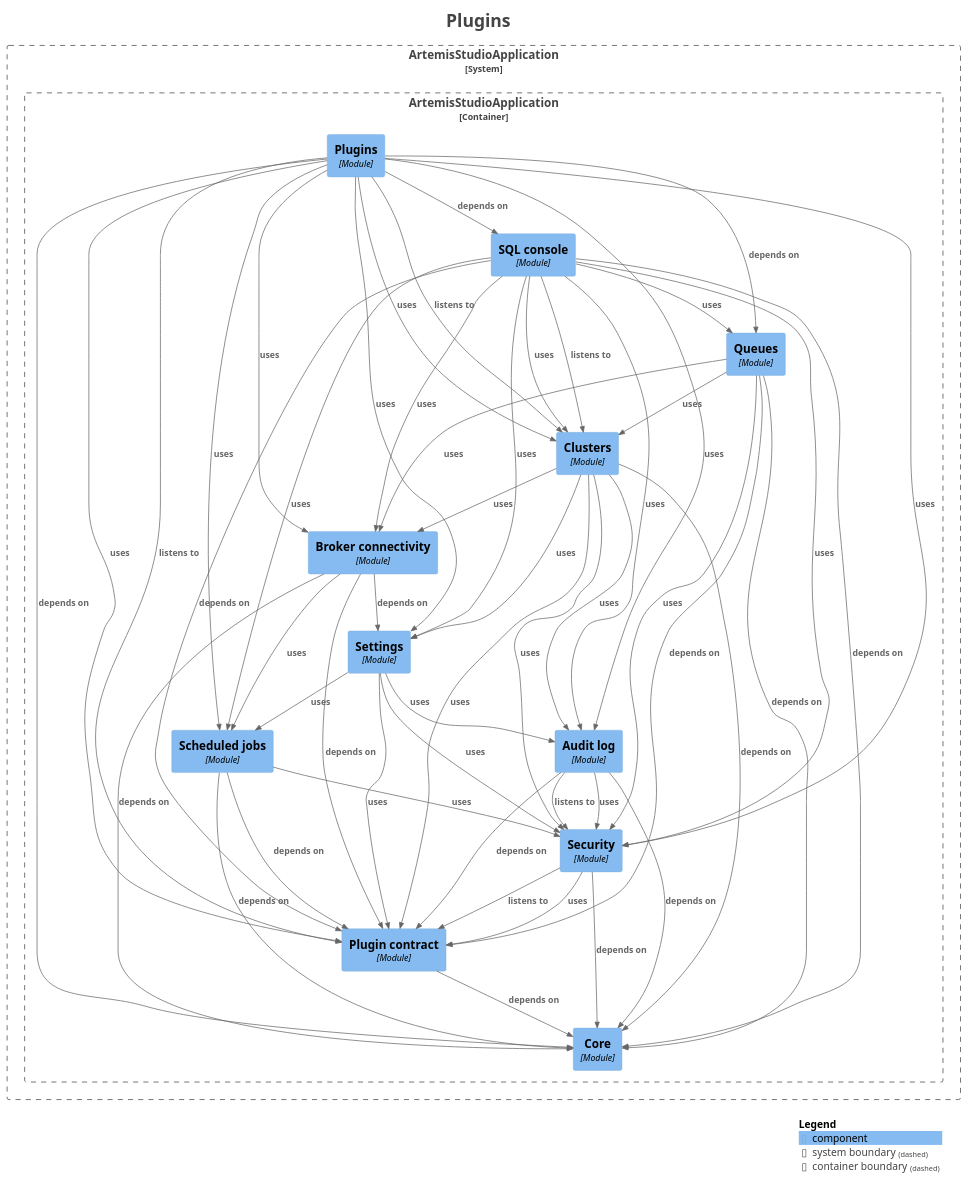
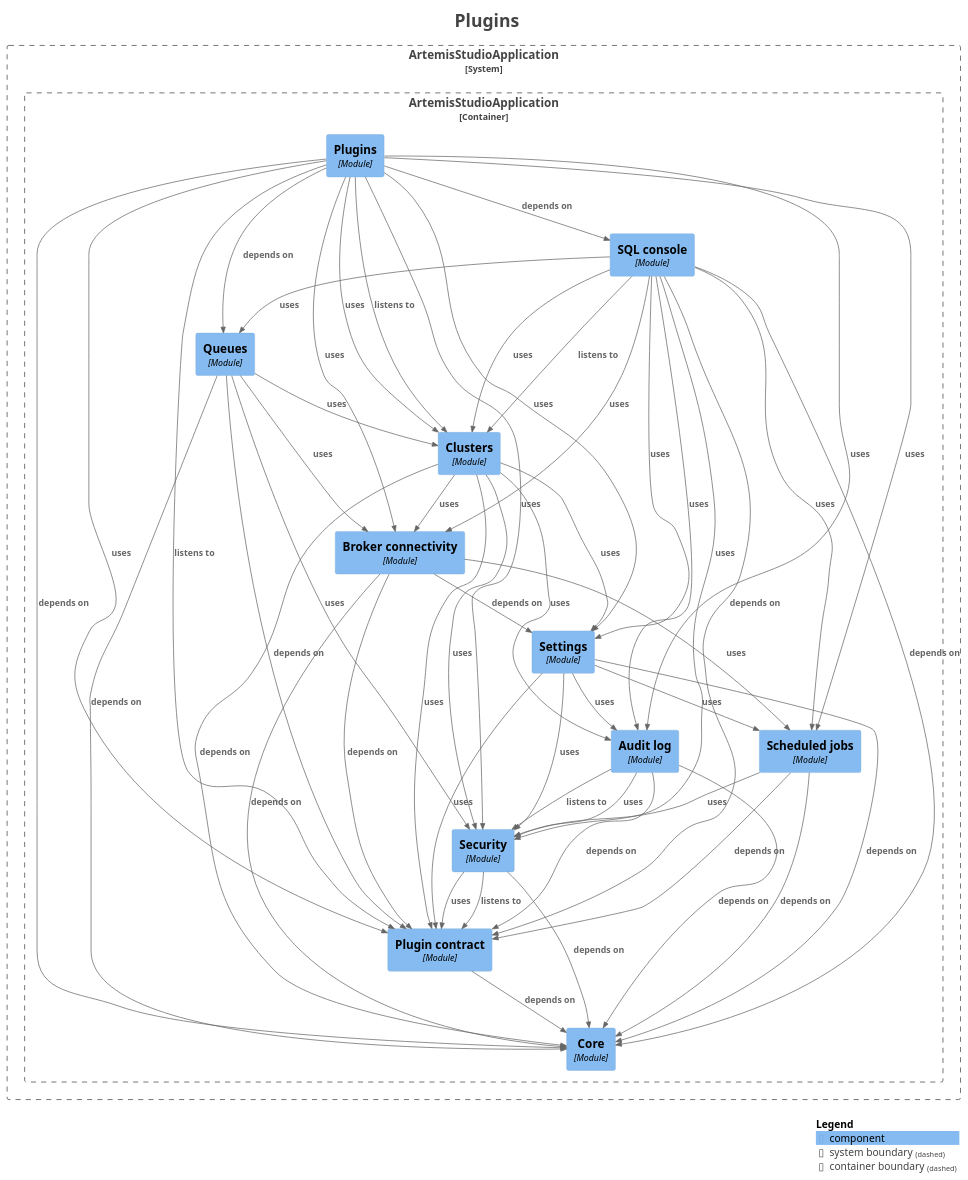
One commit to sudoitir/artemis-studio changed the diagram in docs/modules/module-feature.plugins.puml. Above: the diagram before and after it, drawn with PlantUML. The commit also changed 23 other files, not shown here.

Commit message:
docs(modules): regenerate the module diagrams for the gate dependencies

```diff
--- a/docs/modules/module-feature.plugins.puml
+++ b/docs/modules/module-feature.plugins.puml
@@ -1,90 +1,91 @@
 @startuml
 title <size:24>Plugins</size>
 
 set separator none
 top to bottom direction
 
 <style>
   root {
     BackgroundColor: #ffffff
     FontColor: #444444
   }
 </style>
 
 !include <C4/C4>
 !include <C4/C4_Context>
 !include <C4/C4_Component>
 
 System_Boundary("ArtemisStudioApplication_boundary", "ArtemisStudioApplication", $tags="") {
   Container_Boundary("ArtemisStudioApplication.ArtemisStudioApplication_boundary", "ArtemisStudioApplication", $tags="") {
     Component(ArtemisStudioApplication.ArtemisStudioApplication.Auditlog, "Audit log", $techn="Module", $descr="", $tags="", $link="")
     Component(ArtemisStudioApplication.ArtemisStudioApplication.Brokerconnectivity, "Broker connectivity", $techn="Module", $descr="", $tags="", $link="")
     Component(ArtemisStudioApplication.ArtemisStudioApplication.Clusters, "Clusters", $techn="Module", $descr="", $tags="", $link="")
     Component(ArtemisStudioApplication.ArtemisStudioApplication.Core, "Core", $techn="Module", $descr="", $tags="", $link="")
     Component(ArtemisStudioApplication.ArtemisStudioApplication.Plugincontract, "Plugin contract", $techn="Module", $descr="", $tags="", $link="")
     Component(ArtemisStudioApplication.ArtemisStudioApplication.Plugins, "Plugins", $techn="Module", $descr="", $tags="", $link="")
     Component(ArtemisStudioApplication.ArtemisStudioApplication.Queues, "Queues", $techn="Module", $descr="", $tags="", $link="")
     Component(ArtemisStudioApplication.ArtemisStudioApplication.SQLconsole, "SQL console", $techn="Module", $descr="", $tags="", $link="")
     Component(ArtemisStudioApplication.ArtemisStudioApplication.Scheduledjobs, "Scheduled jobs", $techn="Module", $descr="", $tags="", $link="")
     Component(ArtemisStudioApplication.ArtemisStudioApplication.Security, "Security", $techn="Module", $descr="", $tags="", $link="")
     Component(ArtemisStudioApplication.ArtemisStudioApplication.Settings, "Settings", $techn="Module", $descr="", $tags="", $link="")
   }
 
 }
 
 Rel(ArtemisStudioApplication.ArtemisStudioApplication.Auditlog, ArtemisStudioApplication.ArtemisStudioApplication.Core, "depends on", $techn="", $tags="", $link="")
 Rel(ArtemisStudioApplication.ArtemisStudioApplication.Auditlog, ArtemisStudioApplication.ArtemisStudioApplication.Plugincontract, "depends on", $techn="", $tags="", $link="")
 Rel(ArtemisStudioApplication.ArtemisStudioApplication.Auditlog, ArtemisStudioApplication.ArtemisStudioApplication.Security, "listens to", $techn="", $tags="", $link="")
 Rel(ArtemisStudioApplication.ArtemisStudioApplication.Auditlog, ArtemisStudioApplication.ArtemisStudioApplication.Security, "uses", $techn="", $tags="", $link="")
 Rel(ArtemisStudioApplication.ArtemisStudioApplication.Brokerconnectivity, ArtemisStudioApplication.ArtemisStudioApplication.Core, "depends on", $techn="", $tags="", $link="")
 Rel(ArtemisStudioApplication.ArtemisStudioApplication.Brokerconnectivity, ArtemisStudioApplication.ArtemisStudioApplication.Plugincontract, "depends on", $techn="", $tags="", $link="")
 Rel(ArtemisStudioApplication.ArtemisStudioApplication.Brokerconnectivity, ArtemisStudioApplication.ArtemisStudioApplication.Scheduledjobs, "uses", $techn="", $tags="", $link="")
 Rel(ArtemisStudioApplication.ArtemisStudioApplication.Brokerconnectivity, ArtemisStudioApplication.ArtemisStudioApplication.Settings, "depends on", $techn="", $tags="", $link="")
 Rel(ArtemisStudioApplication.ArtemisStudioApplication.Clusters, ArtemisStudioApplication.ArtemisStudioApplication.Auditlog, "uses", $techn="", $tags="", $link="")
 Rel(ArtemisStudioApplication.ArtemisStudioApplication.Clusters, ArtemisStudioApplication.ArtemisStudioApplication.Brokerconnectivity, "uses", $techn="", $tags="", $link="")
 Rel(ArtemisStudioApplication.ArtemisStudioApplication.Clusters, ArtemisStudioApplication.ArtemisStudioApplication.Core, "depends on", $techn="", $tags="", $link="")
 Rel(ArtemisStudioApplication.ArtemisStudioApplication.Clusters, ArtemisStudioApplication.ArtemisStudioApplication.Plugincontract, "uses", $techn="", $tags="", $link="")
 Rel(ArtemisStudioApplication.ArtemisStudioApplication.Clusters, ArtemisStudioApplication.ArtemisStudioApplication.Security, "uses", $techn="", $tags="", $link="")
 Rel(ArtemisStudioApplication.ArtemisStudioApplication.Clusters, ArtemisStudioApplication.ArtemisStudioApplication.Settings, "uses", $techn="", $tags="", $link="")
 Rel(ArtemisStudioApplication.ArtemisStudioApplication.Plugincontract, ArtemisStudioApplication.ArtemisStudioApplication.Core, "depends on", $techn="", $tags="", $link="")
 Rel(ArtemisStudioApplication.ArtemisStudioApplication.Plugins, ArtemisStudioApplication.ArtemisStudioApplication.Auditlog, "uses", $techn="", $tags="", $link="")
 Rel(ArtemisStudioApplication.ArtemisStudioApplication.Plugins, ArtemisStudioApplication.ArtemisStudioApplication.Brokerconnectivity, "uses", $techn="", $tags="", $link="")
 Rel(ArtemisStudioApplication.ArtemisStudioApplication.Plugins, ArtemisStudioApplication.ArtemisStudioApplication.Clusters, "listens to", $techn="", $tags="", $link="")
 Rel(ArtemisStudioApplication.ArtemisStudioApplication.Plugins, ArtemisStudioApplication.ArtemisStudioApplication.Clusters, "uses", $techn="", $tags="", $link="")
 Rel(ArtemisStudioApplication.ArtemisStudioApplication.Plugins, ArtemisStudioApplication.ArtemisStudioApplication.Core, "depends on", $techn="", $tags="", $link="")
 Rel(ArtemisStudioApplication.ArtemisStudioApplication.Plugins, ArtemisStudioApplication.ArtemisStudioApplication.Plugincontract, "listens to", $techn="", $tags="", $link="")
 Rel(ArtemisStudioApplication.ArtemisStudioApplication.Plugins, ArtemisStudioApplication.ArtemisStudioApplication.Plugincontract, "uses", $techn="", $tags="", $link="")
 Rel(ArtemisStudioApplication.ArtemisStudioApplication.Plugins, ArtemisStudioApplication.ArtemisStudioApplication.Queues, "depends on", $techn="", $tags="", $link="")
 Rel(ArtemisStudioApplication.ArtemisStudioApplication.Plugins, ArtemisStudioApplication.ArtemisStudioApplication.SQLconsole, "depends on", $techn="", $tags="", $link="")
 Rel(ArtemisStudioApplication.ArtemisStudioApplication.Plugins, ArtemisStudioApplication.ArtemisStudioApplication.Scheduledjobs, "uses", $techn="", $tags="", $link="")
 Rel(ArtemisStudioApplication.ArtemisStudioApplication.Plugins, ArtemisStudioApplication.ArtemisStudioApplication.Security, "uses", $techn="", $tags="", $link="")
 Rel(ArtemisStudioApplication.ArtemisStudioApplication.Plugins, ArtemisStudioApplication.ArtemisStudioApplication.Settings, "uses", $techn="", $tags="", $link="")
 Rel(ArtemisStudioApplication.ArtemisStudioApplication.Queues, ArtemisStudioApplication.ArtemisStudioApplication.Brokerconnectivity, "uses", $techn="", $tags="", $link="")
 Rel(ArtemisStudioApplication.ArtemisStudioApplication.Queues, ArtemisStudioApplication.ArtemisStudioApplication.Clusters, "uses", $techn="", $tags="", $link="")
 Rel(ArtemisStudioApplication.ArtemisStudioApplication.Queues, ArtemisStudioApplication.ArtemisStudioApplication.Core, "depends on", $techn="", $tags="", $link="")
 Rel(ArtemisStudioApplication.ArtemisStudioApplication.Queues, ArtemisStudioApplication.ArtemisStudioApplication.Plugincontract, "depends on", $techn="", $tags="", $link="")
 Rel(ArtemisStudioApplication.ArtemisStudioApplication.Queues, ArtemisStudioApplication.ArtemisStudioApplication.Security, "uses", $techn="", $tags="", $link="")
 Rel(ArtemisStudioApplication.ArtemisStudioApplication.SQLconsole, ArtemisStudioApplication.ArtemisStudioApplication.Auditlog, "uses", $techn="", $tags="", $link="")
 Rel(ArtemisStudioApplication.ArtemisStudioApplication.SQLconsole, ArtemisStudioApplication.ArtemisStudioApplication.Brokerconnectivity, "uses", $techn="", $tags="", $link="")
 Rel(ArtemisStudioApplication.ArtemisStudioApplication.SQLconsole, ArtemisStudioApplication.ArtemisStudioApplication.Clusters, "listens to", $techn="", $tags="", $link="")
 Rel(ArtemisStudioApplication.ArtemisStudioApplication.SQLconsole, ArtemisStudioApplication.ArtemisStudioApplication.Clusters, "uses", $techn="", $tags="", $link="")
 Rel(ArtemisStudioApplication.ArtemisStudioApplication.SQLconsole, ArtemisStudioApplication.ArtemisStudioApplication.Core, "depends on", $techn="", $tags="", $link="")
 Rel(ArtemisStudioApplication.ArtemisStudioApplication.SQLconsole, ArtemisStudioApplication.ArtemisStudioApplication.Plugincontract, "depends on", $techn="", $tags="", $link="")
 Rel(ArtemisStudioApplication.ArtemisStudioApplication.SQLconsole, ArtemisStudioApplication.ArtemisStudioApplication.Queues, "uses", $techn="", $tags="", $link="")
 Rel(ArtemisStudioApplication.ArtemisStudioApplication.SQLconsole, ArtemisStudioApplication.ArtemisStudioApplication.Scheduledjobs, "uses", $techn="", $tags="", $link="")
 Rel(ArtemisStudioApplication.ArtemisStudioApplication.SQLconsole, ArtemisStudioApplication.ArtemisStudioApplication.Security, "uses", $techn="", $tags="", $link="")
 Rel(ArtemisStudioApplication.ArtemisStudioApplication.SQLconsole, ArtemisStudioApplication.ArtemisStudioApplication.Settings, "uses", $techn="", $tags="", $link="")
 Rel(ArtemisStudioApplication.ArtemisStudioApplication.Scheduledjobs, ArtemisStudioApplication.ArtemisStudioApplication.Core, "depends on", $techn="", $tags="", $link="")
 Rel(ArtemisStudioApplication.ArtemisStudioApplication.Scheduledjobs, ArtemisStudioApplication.ArtemisStudioApplication.Plugincontract, "depends on", $techn="", $tags="", $link="")
 Rel(ArtemisStudioApplication.ArtemisStudioApplication.Scheduledjobs, ArtemisStudioApplication.ArtemisStudioApplication.Security, "uses", $techn="", $tags="", $link="")
 Rel(ArtemisStudioApplication.ArtemisStudioApplication.Security, ArtemisStudioApplication.ArtemisStudioApplication.Core, "depends on", $techn="", $tags="", $link="")
 Rel(ArtemisStudioApplication.ArtemisStudioApplication.Security, ArtemisStudioApplication.ArtemisStudioApplication.Plugincontract, "listens to", $techn="", $tags="", $link="")
 Rel(ArtemisStudioApplication.ArtemisStudioApplication.Security, ArtemisStudioApplication.ArtemisStudioApplication.Plugincontract, "uses", $techn="", $tags="", $link="")
 Rel(ArtemisStudioApplication.ArtemisStudioApplication.Settings, ArtemisStudioApplication.ArtemisStudioApplication.Auditlog, "uses", $techn="", $tags="", $link="")
+Rel(ArtemisStudioApplication.ArtemisStudioApplication.Settings, ArtemisStudioApplication.ArtemisStudioApplication.Core, "depends on", $techn="", $tags="", $link="")
 Rel(ArtemisStudioApplication.ArtemisStudioApplication.Settings, ArtemisStudioApplication.ArtemisStudioApplication.Plugincontract, "uses", $techn="", $tags="", $link="")
 Rel(ArtemisStudioApplication.ArtemisStudioApplication.Settings, ArtemisStudioApplication.ArtemisStudioApplication.Scheduledjobs, "uses", $techn="", $tags="", $link="")
 Rel(ArtemisStudioApplication.ArtemisStudioApplication.Settings, ArtemisStudioApplication.ArtemisStudioApplication.Security, "uses", $techn="", $tags="", $link="")
 
 SHOW_LEGEND(true)
 hide stereotypes
 @enduml
```
